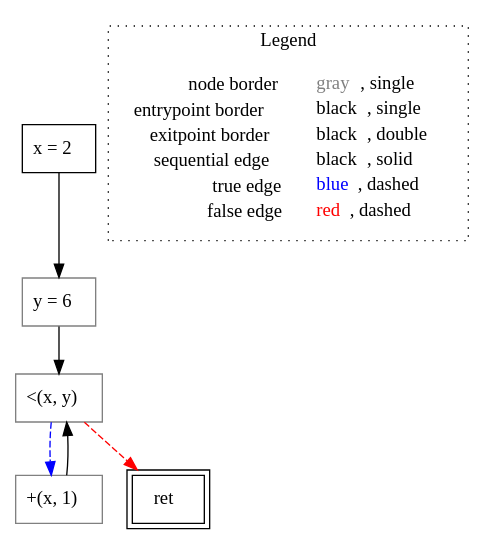
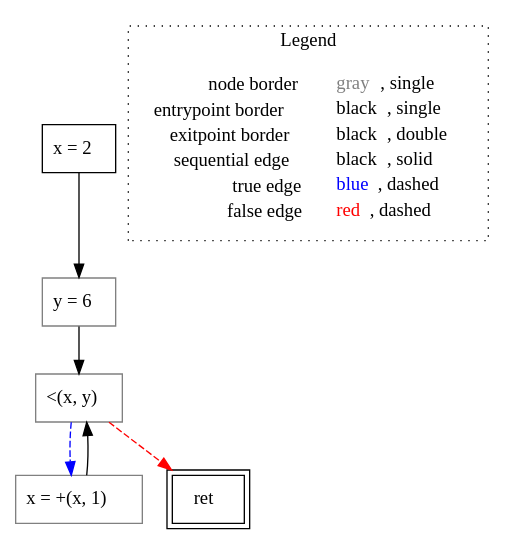
Before and after one commit to VincenzoArceri/rust-lisa: the diagram in rust-lisa/rust-testcases/cfg/while/untyped_rust-testcases_cfg_while_while.rs.main().dot, drawn with Graphviz. The commit also changed 4 other files, not shown here.

```diff
--- a/rust-lisa/rust-testcases/cfg/while/untyped_rust-testcases_cfg_while_while.rs.main().dot
+++ b/rust-lisa/rust-testcases/cfg/while/untyped_rust-testcases_cfg_while_while.rs.main().dot
@@ -1,19 +1,19 @@
 digraph {
 	"node0" [shape="rect",color="black",label=<x = 2>];
-	"node1" [shape="rect",color="gray",label=<y = 6>];
+	"node1" [shape="rect",color="gray",label=<x = +(x, 1)>];
 	"node2" [shape="rect",color="black",peripheries="2",label=<ret>];
-	"node3" [shape="rect",color="gray",label=<+(x, 1)>];
-	"node4" [shape="rect",color="gray",label=<&lt;(x, y)>];
-	"node1" -> "node4" [color="black"];
-	"node3" -> "node4" [color="black"];
-	"node4" -> "node2" [color="red",style="dashed"];
-	"node4" -> "node3" [color="blue",style="dashed"];
-	"node0" -> "node1" [color="black"];
+	"node3" [shape="rect",color="gray",label=<&lt;(x, y)>];
+	"node4" [shape="rect",color="gray",label=<y = 6>];
+	"node0" -> "node4" [color="black"];
+	"node1" -> "node3" [color="black"];
+	"node3" -> "node2" [color="red",style="dashed"];
+	"node3" -> "node1" [color="blue",style="dashed"];
+	"node4" -> "node3" [color="black"];
 subgraph cluster_legend {
 	label="Legend";
 	style=dotted;
 	node [shape=plaintext];
 	"legend" [label=<<table border="0" cellpadding="2" cellspacing="0" cellborder="0"><tr><td align="right">node border&nbsp;</td><td align="left"><font color="gray">gray</font>, single</td></tr><tr><td align="right">entrypoint border&nbsp;</td><td align="left"><font color="black">black</font>, single</td></tr><tr><td align="right">exitpoint border&nbsp;</td><td align="left"><font color="black">black</font>, double</td></tr><tr><td align="right">sequential edge&nbsp;</td><td align="left"><font color="black">black</font>, solid</td></tr><tr><td align="right">true edge&nbsp;</td><td align="left"><font color="blue">blue</font>, dashed</td></tr><tr><td align="right">false edge&nbsp;</td><td align="left"><font color="red">red</font>, dashed</td></tr></table>>];
 }
 
 }
```
